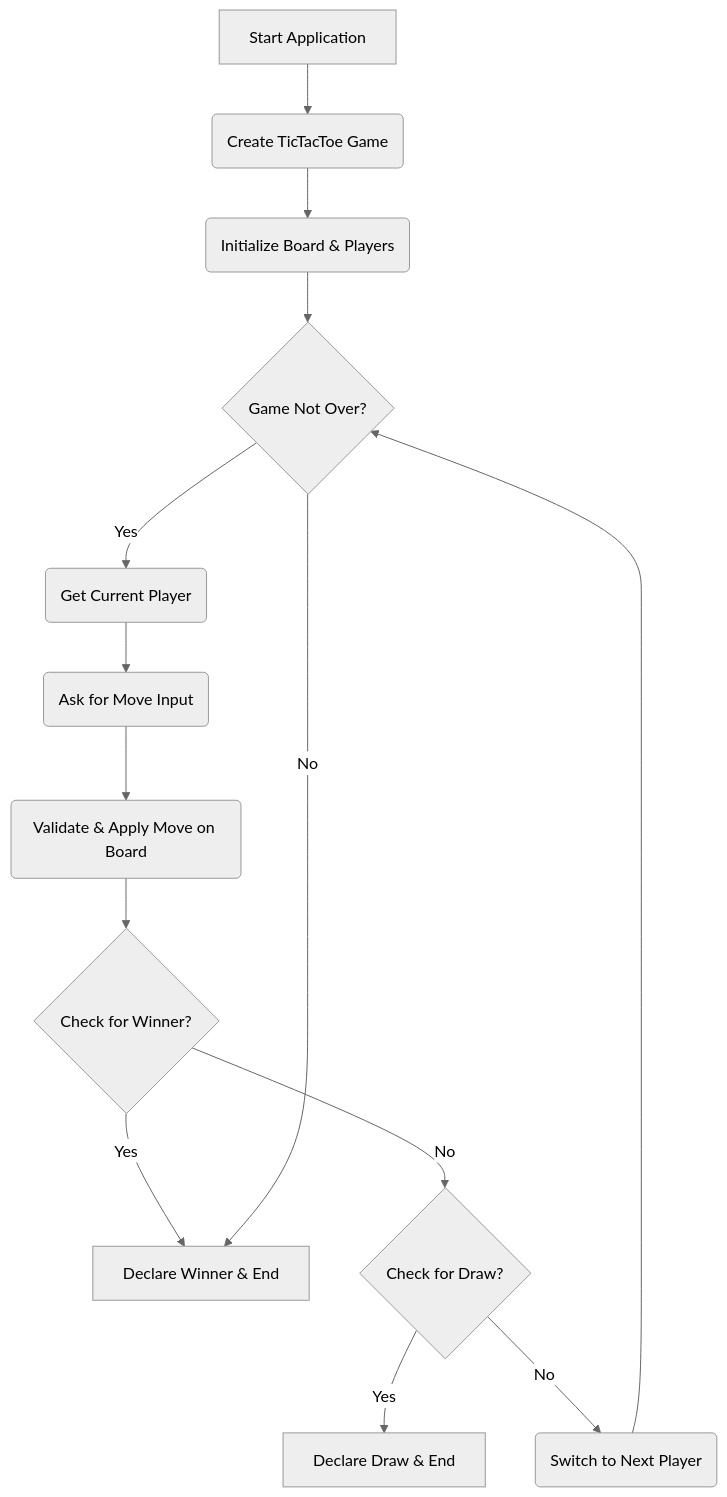
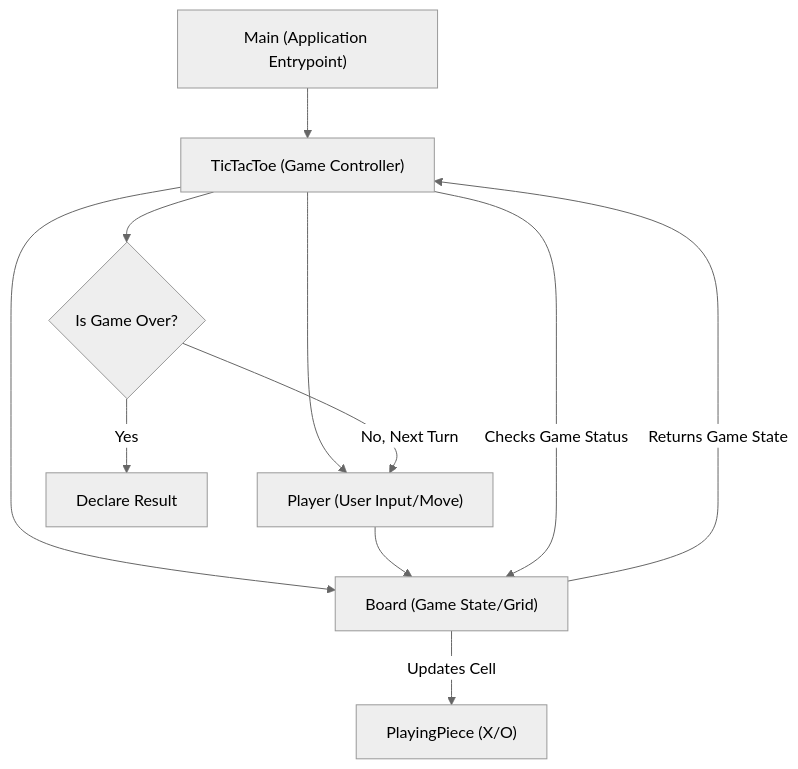
One commit to grewal16/low_level_design changed the diagram in README.md. Above: the diagram before and after it, drawn with Mermaid (neutral theme). The commit also changed other lines of this file, not shown here.

````diff
--- a/README.md
+++ b/README.md
@@ -31,16 +40,13 @@
 ```mermaid
 graph TD
-    A[Start Application] --> B(Create TicTacToe Game);
-    B --> C(Initialize Board & Players);
-    C --> D{Game Not Over?};
-    D -- Yes --> E(Get Current Player);
-    E --> F(Ask for Move Input);
-    F --> G(Validate & Apply Move on Board);
-    G --> H{Check for Winner?};
-    H -- Yes --> I[Declare Winner & End];
-    H -- No --> J{Check for Draw?};
-    J -- Yes --> K[Declare Draw & End];
-    J -- No --> L(Switch to Next Player);
-    L --> D;
-    D -- No --> I;
+    A["Main (Application Entrypoint)"] --> B["TicTacToe (Game Controller)"];
+    B --> C["Player (User Input/Move)"];
+    B --> D["Board (Game State/Grid)"];
+    C --> D;
+    D -- "Updates Cell" --> E["PlayingPiece (X/O)"];
+    B -- "Checks Game Status" --> D;
+    D -- "Returns Game State" --> B;
+    B --> F{"Is Game Over?"};
+    F -- "No, Next Turn" --> C;
+    F -- "Yes" --> G["Declare Result"];
 ```
````
